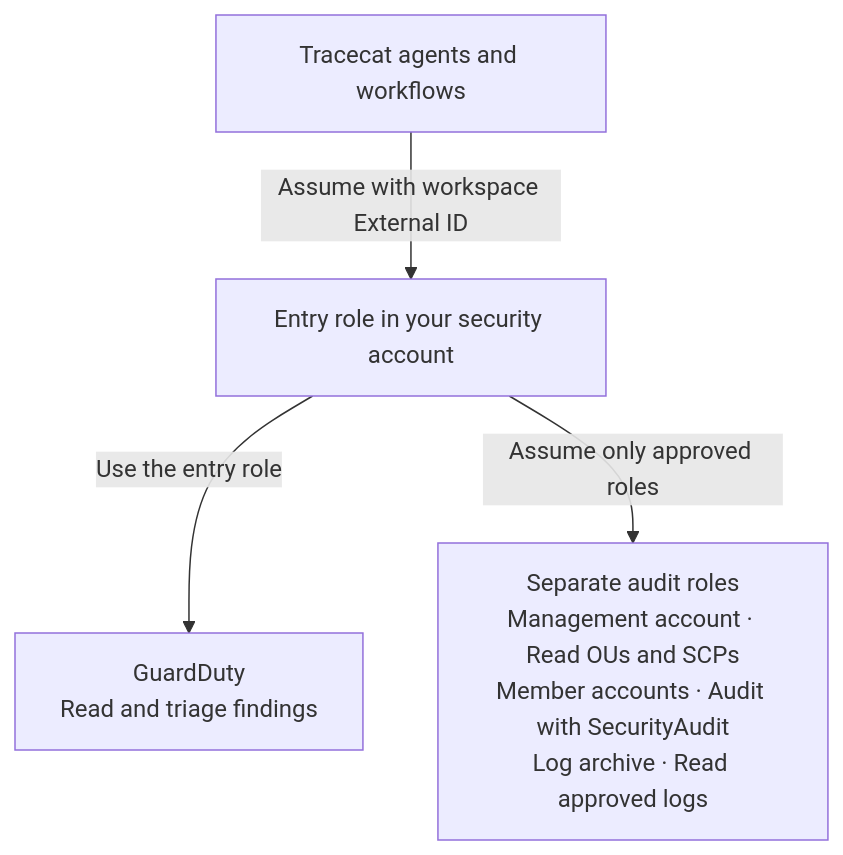
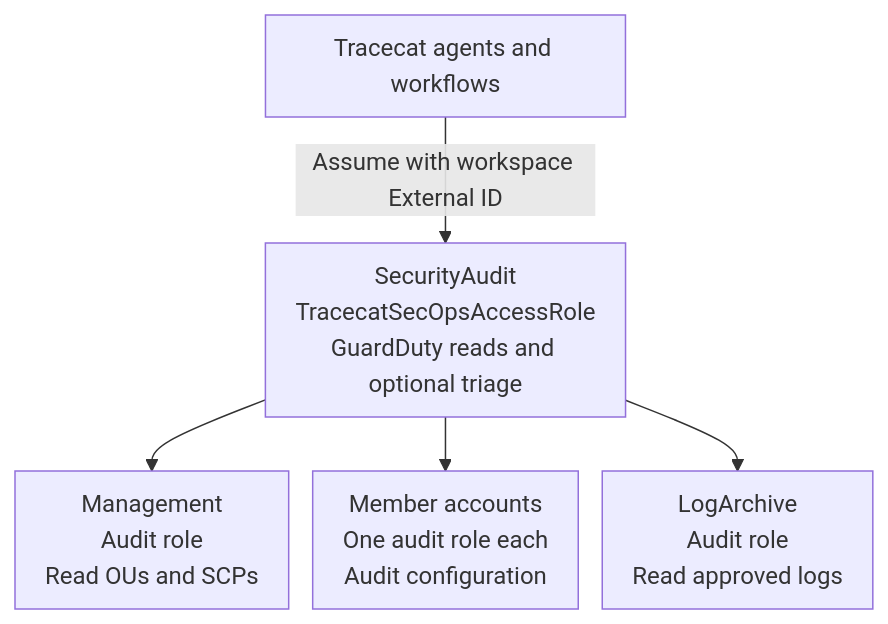
One commit to TracecatHQ/tracecat changed the diagram in docs/cheatsheets/connection-guides/connect-to-aws.mdx. Above: the diagram before and after it, drawn with Mermaid. The commit also changed other lines of this file, not shown here.

Commit message:
docs(integrations): split log archive setup into steps (#4240)

````diff
--- a/docs/cheatsheets/connection-guides/connect-to-aws.mdx
+++ b/docs/cheatsheets/connection-guides/connect-to-aws.mdx
@@ -12,10 +12,21 @@
 ```mermaid
+---
+config:
+  flowchart:
+    nodeSpacing: 16
+    rankSpacing: 36
+    padding: 10
+---
 flowchart TD
+    accTitle: Tracecat AWS role chaining
+    accDescr: Tracecat assumes the entry role in SecurityAudit. That role can then assume separate audit roles in the management, member, and LogArchive accounts.
     W["Tracecat agents and workflows"]
-    E["Entry role in your security account"]
-    G["GuardDuty<br/>Read and triage findings"]
-    A["Separate audit roles<br/>Management account · Read OUs and SCPs<br/>Member accounts · Audit with SecurityAudit<br/>Log archive · Read approved logs"]
+    E["SecurityAudit<br/>TracecatSecOpsAccessRole<br/>GuardDuty reads and optional triage"]
+    M["Management<br/>Audit role<br/>Read OUs and SCPs"]
+    A["Member accounts<br/>One audit role each<br/>Audit configuration"]
+    L["LogArchive<br/>Audit role<br/>Read approved logs"]
     W -->|Assume with workspace External ID| E
-    E -->|Use the entry role| G
-    E -->|Assume only approved roles| A
+    E --> M
+    E --> A
+    E --> L
 ```
````
